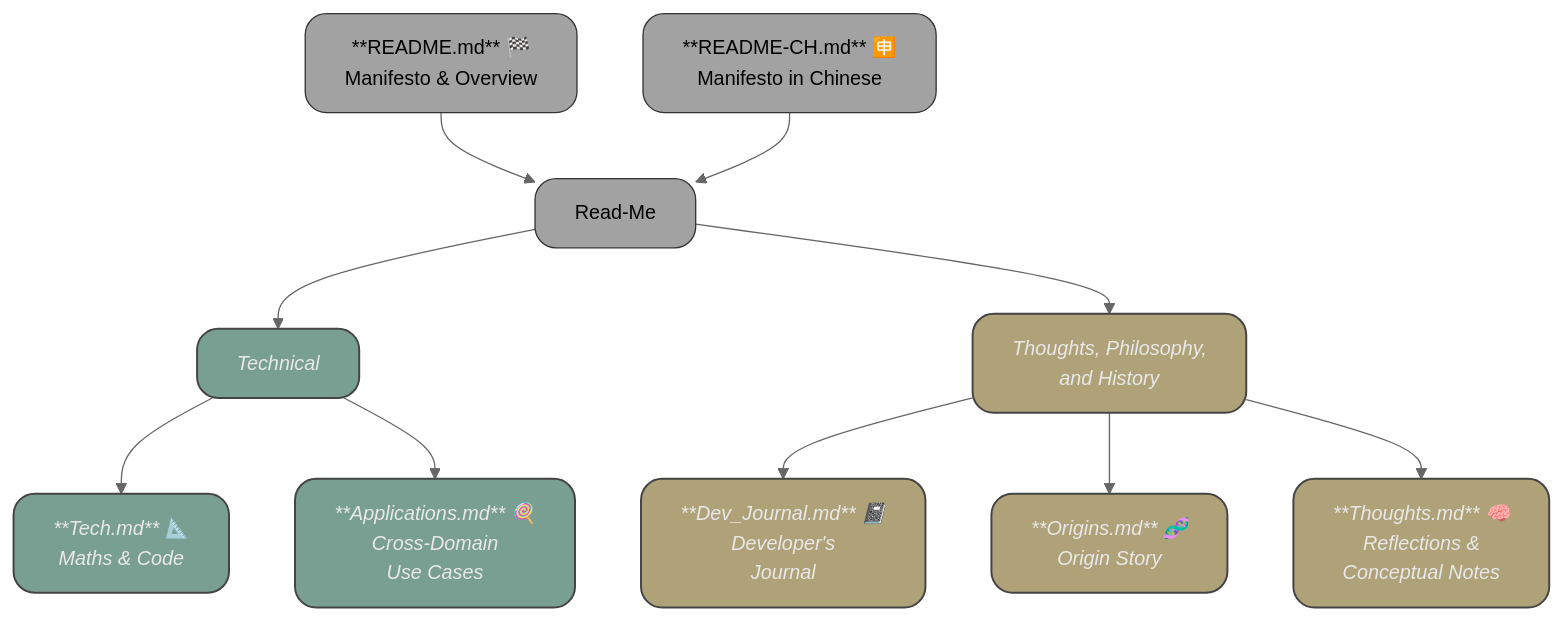
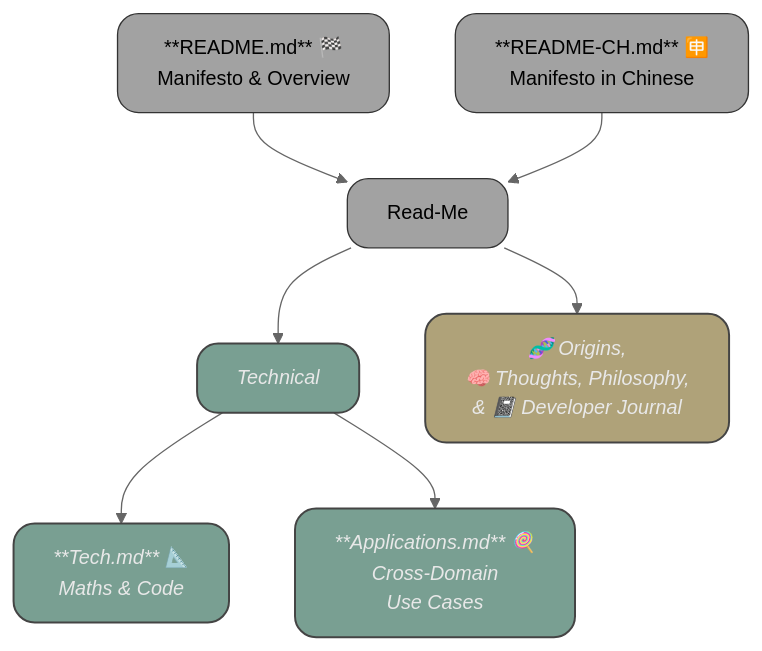
The first of 2 diagrams in README.md (patwooky/fpsr), drawn with Mermaid before and after one commit. The commit also changed other lines of this file and 9 other files, not shown here.

````diff
--- a/README.md
+++ b/README.md
@@ -110,23 +110,23 @@
 ```mermaid
 %%{ init: { "theme": "neutral" } }%%
 graph TD
   A[**README.md** 🏁<br>Manifesto & Overview] --> A2[Read-Me] 
   A2 --> A3[Technical]
-  A2 --> A4[Thoughts, Philosophy,<br>and History]
+  A2 --> A4[🧬 Origins,<br> 🧠 Thoughts, Philosophy,<br>& 📓 Developer Journal]
   C[**README-CH.md** 🈸<br>Manifesto in Chinese] --> A2
   A3 --> B[**Tech.md** 📐<br>Maths & Code]
   A3 --> D[**Applications.md** 🍭<br>Cross-Domain<br>Use Cases]
-  A4 --> E[**Dev_Journal.md** 📓<br>Developer's<br>Journal]
+  %% A4 --> E[**Dev_Journal.md** 📓<br>Developer's<br>Journal]
 
-  A4 --> F[**Origins.md** 🧬<br>Origin Story] 
-  A4 --> G[**Thoughts.md** 🧠<br>Reflections &<br> Conceptual Notes]
+  %% A4 --> F[**Origins.md** 🧬<br>Origin Story] 
+  %% A4 --> G[**Thoughts.md** 🧠<br>Reflections &<br> Conceptual Notes]
 
   classDef fileStyle fill:#A2A2A2,stroke:#333,stroke-width:1px,color:#000,rx:16,ry:16,font-size:15px;
   classDef techHighlight fill:#799F92,stroke:#444,stroke-width:1.5px,color:#E8E8E8,rx:16,ry:16,font-size:15px,font-style:italic;
   classDef thoughtsHighlight fill:#AFA279,stroke:#444,stroke-width:1.5px,color:#E8E8E8,rx:16,ry:16,font-size:15px,font-style:italic;
   
 
   class A,C,A2,A3 fileStyle
   class B,D,A3 techHighlight
   class A4,E,F,G thoughtsHighlight
   ``` 
````
